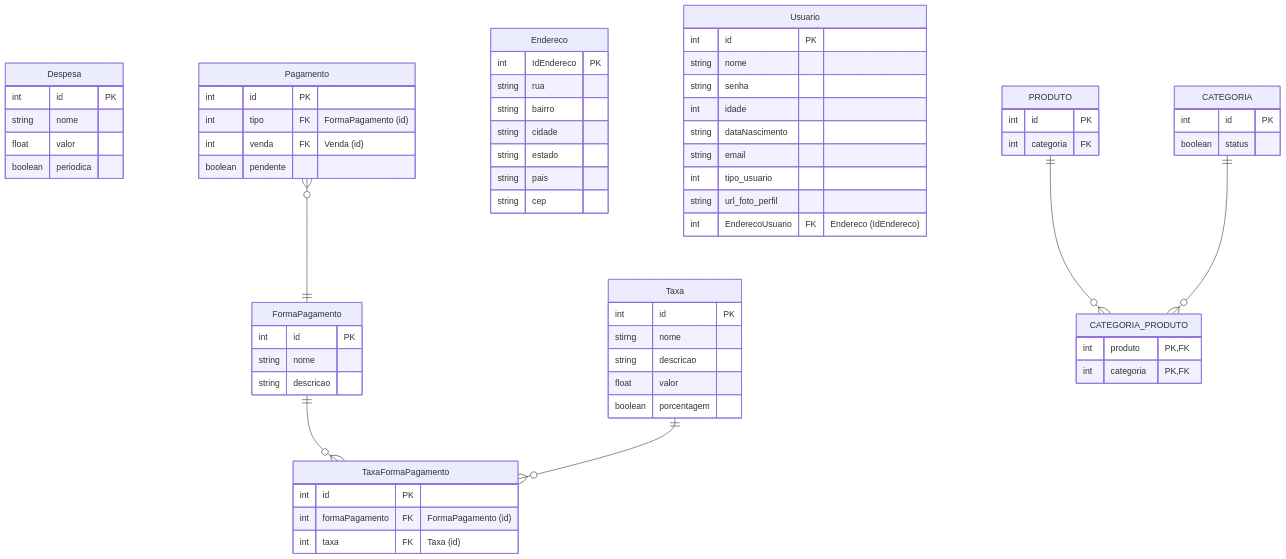
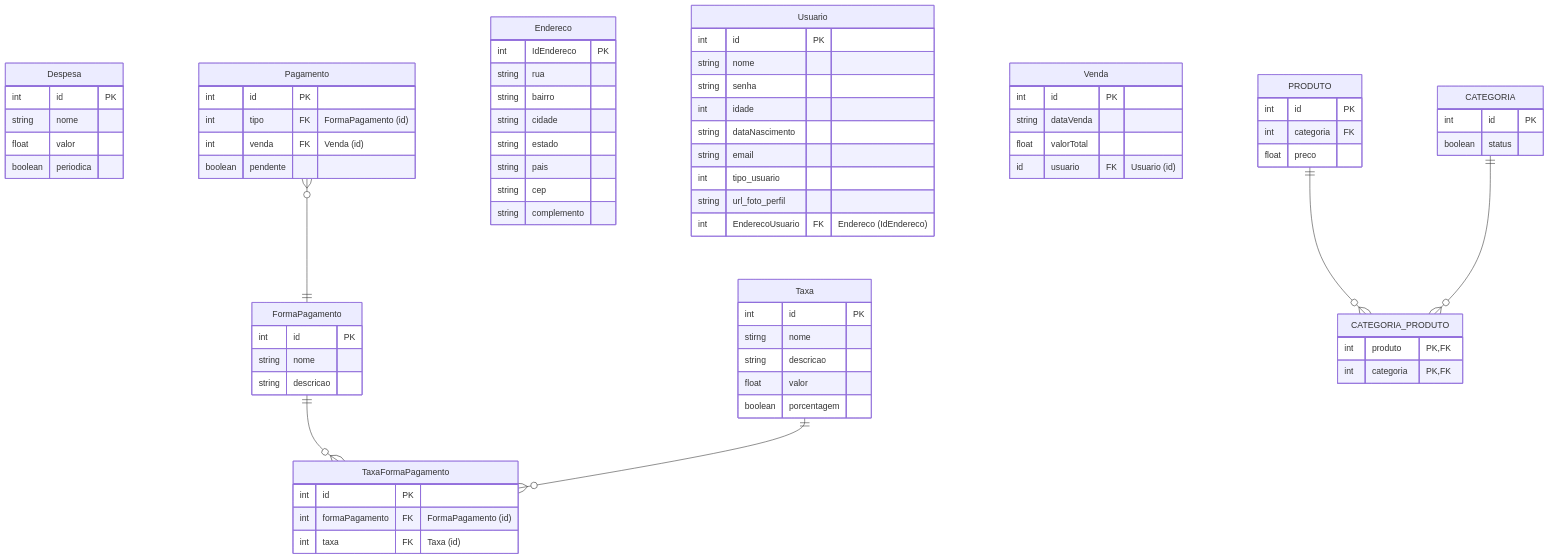
One commit to Control-Cash/controlcash changed the diagram in docs/documento-de-modelos.md. Above: the diagram before and after it, drawn with Mermaid.

Commit message:
adicionando a tabela Venda ao modelo #30

```diff
--- a/docs/documento-de-modelos.md
+++ b/docs/documento-de-modelos.md
@@ -48,6 +48,7 @@
     string estado
     string pais
     string cep
+    string complemento
   }
   
   Usuario {
@@ -60,6 +61,13 @@
     int tipo_usuario
     string url_foto_perfil
     int EnderecoUsuario FK "Endereco (IdEndereco)"
+  }
+  
+  Venda {
+    int id PK
+    string dataVenda
+    float valorTotal
+    id usuario FK "Usuario (id)"
   }
  
   %% conexões
@@ -75,6 +83,7 @@
   PRODUTO {
     int id PK
     int categoria FK
+    float preco
   }
 
   CATEGORIA_PRODUTO {
```
